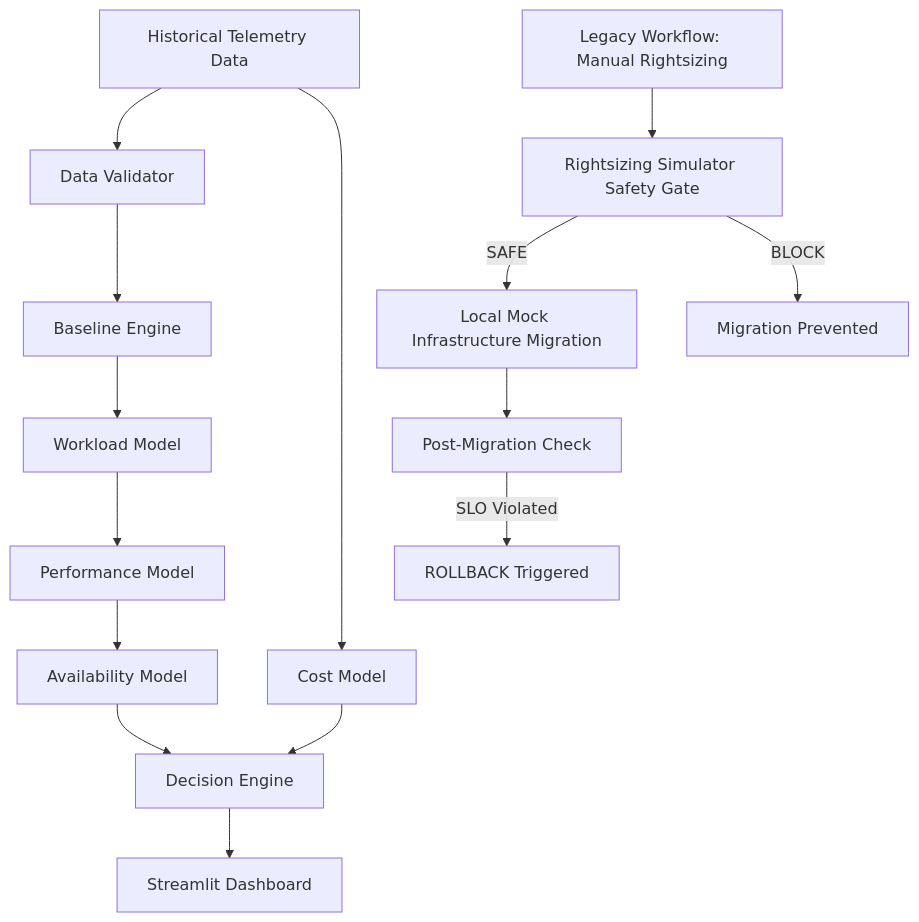
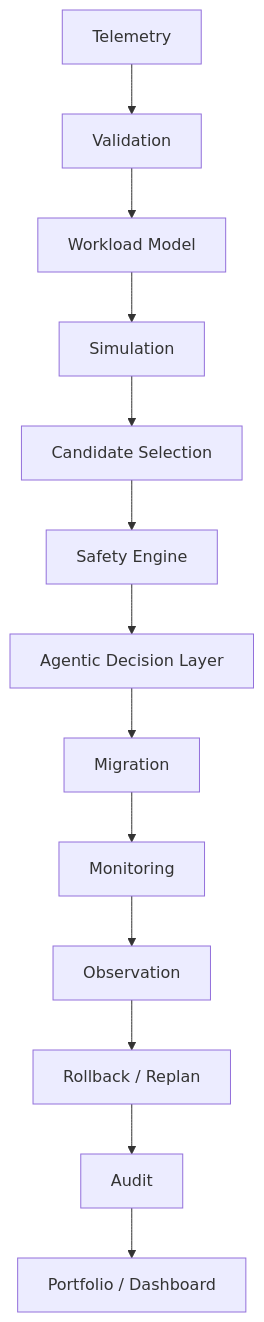
Before and after one commit to pmvin0-14/dhars_coe: the diagram in docs/architecture.md, drawn with Mermaid. The commit also changed other lines of this file and 8 other files, not shown here.

````diff
--- a/docs/architecture.md
+++ b/docs/architecture.md
@@ -5,19 +8,15 @@
 ```mermaid
 graph TD
-    A[Historical Telemetry Data] --> B[Data Validator]
-    B --> C[Baseline Engine]
-    C --> D[Workload Model]
-    D --> E[Performance Model]
-    E --> F[Availability Model]
-    A --> G[Cost Model]
-    F --> H[Decision Engine]
-    G --> H
-    H --> I[Streamlit Dashboard]
-    
-    J[Legacy Workflow: Manual Rightsizing] --> K[Rightsizing Simulator Safety Gate]
-    K -- SAFE --> L[Local Mock Infrastructure Migration]
-    K -- BLOCK --> M[Migration Prevented]
-    
-    L --> N[Post-Migration Check]
-    N -- SLO Violated --> O[ROLLBACK Triggered]
+    A[Telemetry] --> B[Validation]
+    B --> C[Workload Model]
+    C --> D[Simulation]
+    D --> E[Candidate Selection]
+    E --> F[Safety Engine]
+    F --> G[Agentic Decision Layer]
+    G --> H[Migration]
+    H --> I[Monitoring]
+    I --> J[Observation]
+    J --> K[Rollback / Replan]
+    K --> L[Audit]
+    L --> M[Portfolio / Dashboard]
 ```
````
